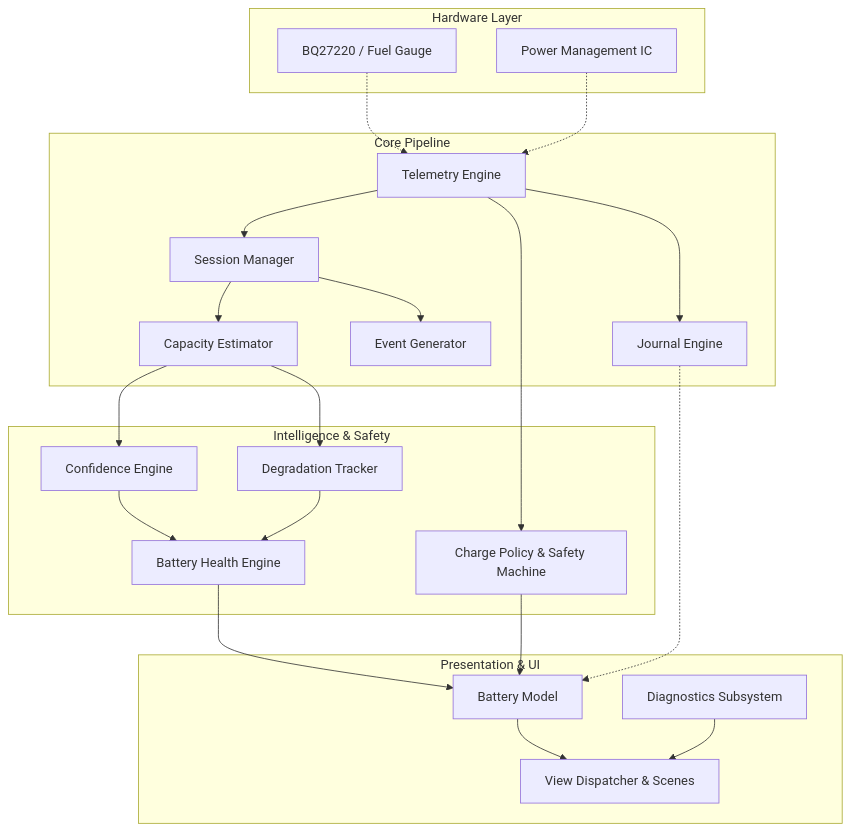
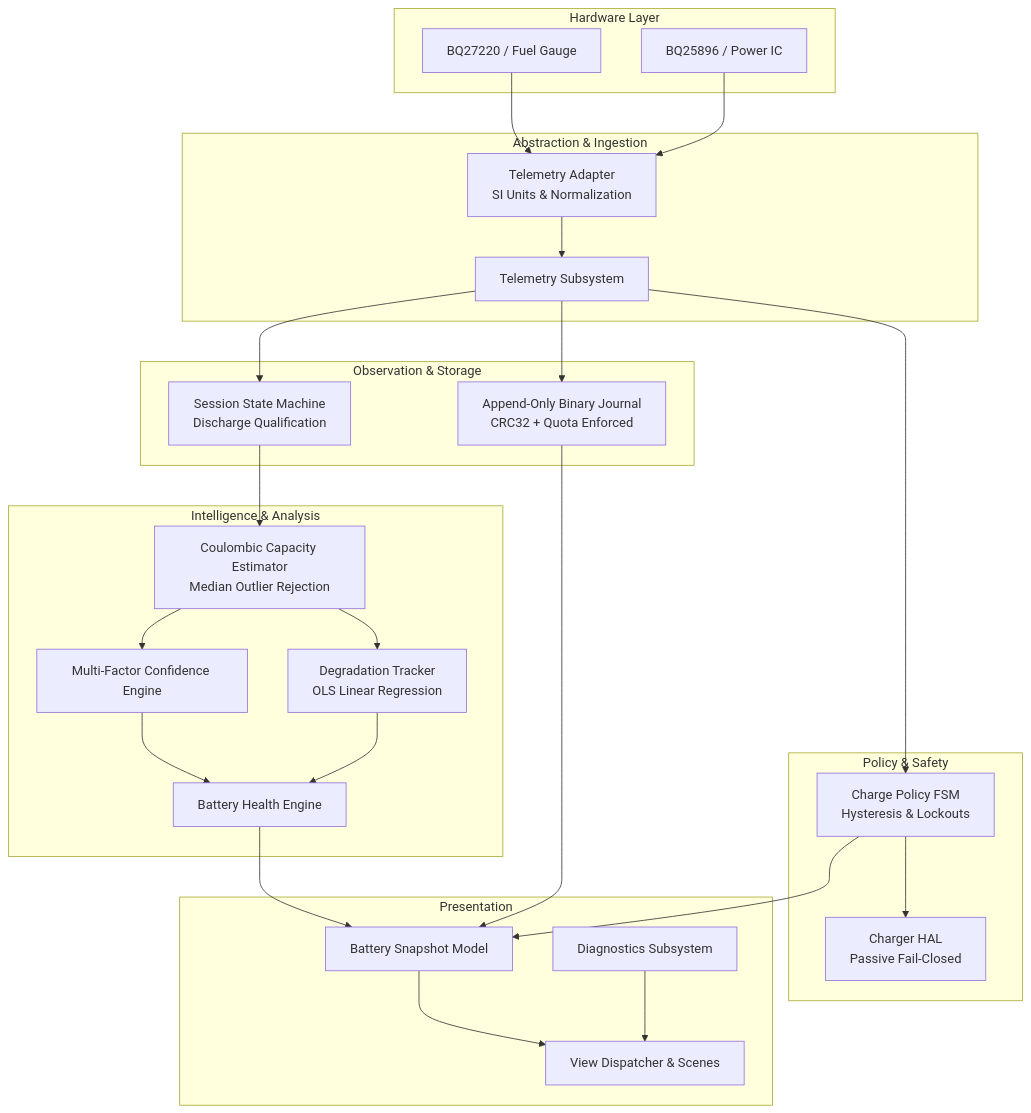
Before and after one commit to 0xKernelEclipse/battery_guardian: the diagram in README.md, drawn with Mermaid. The commit also changed other lines of this file and 23 other files, not shown here.

````diff
--- a/README.md
+++ b/README.md
@@ -61,31 +24,43 @@
 ```mermaid
 flowchart TD
     subgraph Hardware Layer
         FG[BQ27220 / Fuel Gauge]
-        PMIC[Power Management IC]
+        PMIC[BQ25896 / Power IC]
     end
 
-    subgraph Core Pipeline
-        TEL[Telemetry Engine] --> SESS[Session Manager]
-        TEL --> JRN[Journal Engine]
-        SESS --> EVT[Event Generator]
-        SESS --> EST[Capacity Estimator]
+    subgraph Abstraction & Ingestion
+        ADAPT[Telemetry Adapter<br/>SI Units & Normalization]
+        TEL[Telemetry Subsystem]
     end
 
-    subgraph Intelligence & Safety
-        EST --> CONF[Confidence Engine]
-        EST --> DEG[Degradation Tracker]
-        CONF & DEG --> HLTH[Battery Health Engine]
-        TEL --> CP[Charge Policy & Safety Machine]
+    subgraph Observation & Storage
+        JRN[Append-Only Binary Journal<br/>CRC32 + Quota Enforced]
+        SESS[Session State Machine<br/>Discharge Qualification]
     end
 
-    subgraph Presentation & UI
-        MDL[Battery Model] --> UI[View Dispatcher & Scenes]
-        DIAG[Diagnostics Subsystem] --> UI
+    subgraph Intelligence & Analysis
+        EST[Coulombic Capacity Estimator<br/>Median Outlier Rejection]
+        CONF[Multi-Factor Confidence Engine]
+        DEG[Degradation Tracker<br/>OLS Linear Regression]
+        HLTH[Battery Health Engine]
     end
 
-    FG & PMIC -.-> TEL
-    HLTH --> MDL
-    CP --> MDL
-    JRN -.-> MDL
+    subgraph Policy & Safety
+        CP[Charge Policy FSM<br/>Hysteresis & Lockouts]
+        HAL[Charger HAL<br/>Passive Fail-Closed]
+    end
+
+    subgraph Presentation
+        MDL[Battery Snapshot Model]
+        UI[View Dispatcher & Scenes]
+        DIAG[Diagnostics Subsystem]
+    end
+
+    FG & PMIC --> ADAPT --> TEL
+    TEL --> JRN
+    TEL --> SESS --> EST
+    EST --> CONF & DEG --> HLTH
+    TEL --> CP --> HAL
+    HLTH & CP & JRN --> MDL --> UI
+    DIAG --> UI
 ```
````
